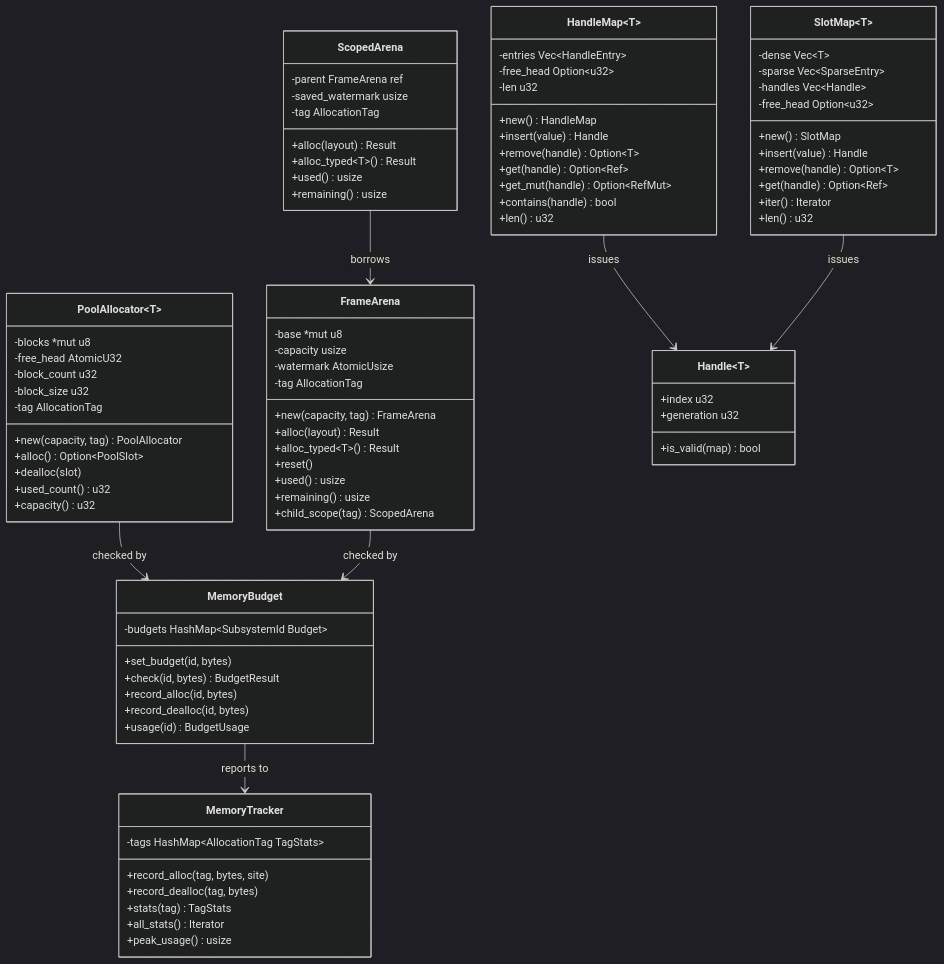
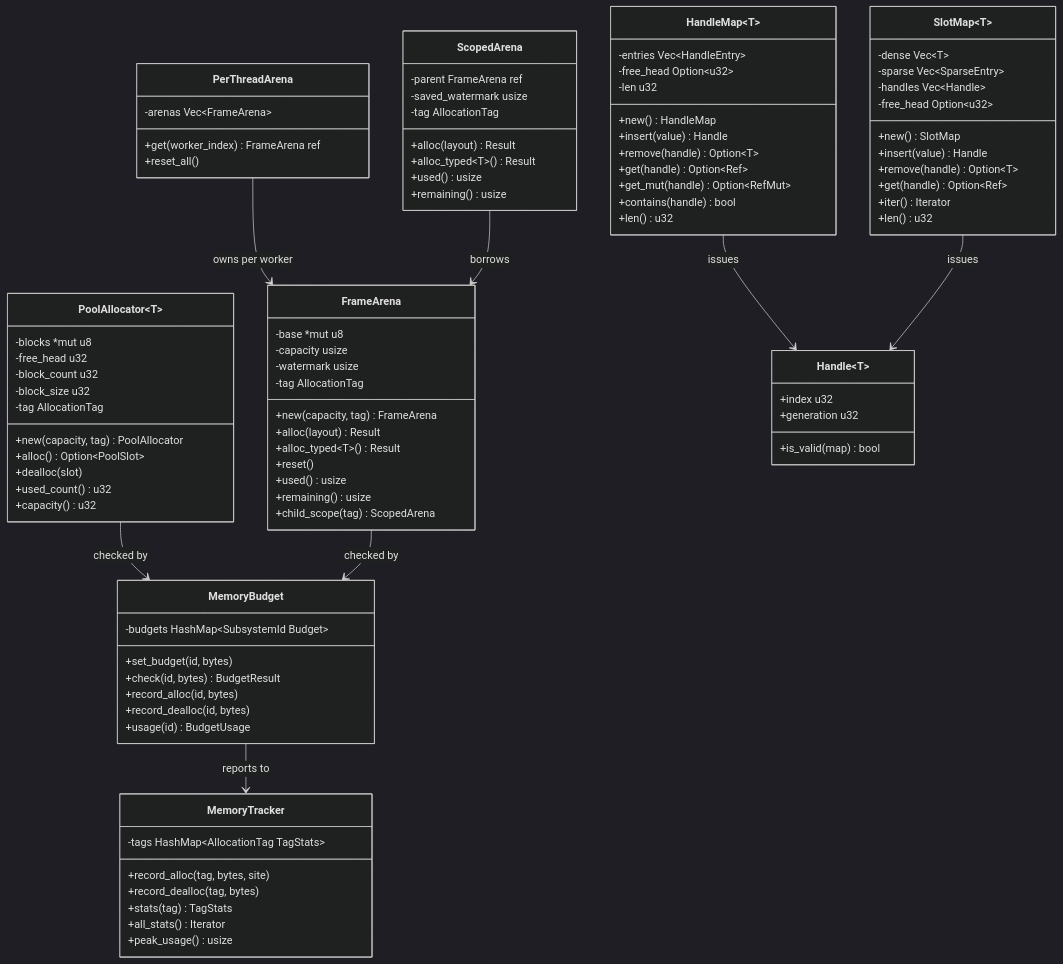
The fourth of 7 diagrams in docs/design/core-runtime/memory-async-io.md (harmonius-dev/harmonius), drawn with Mermaid (dark theme) before and after one commit. The commit also changed other lines of this file and 174 other files, not shown here.

````diff
--- a/docs/design/core-runtime/memory-async-io.md
+++ b/docs/design/core-runtime/memory-async-io.md
@@ -195,9 +218,15 @@
 ```mermaid
 classDiagram
+    class PerThreadArena {
+        -arenas Vec~FrameArena~
+        +get(worker_index) FrameArena ref
+        +reset_all()
+    }
+
     class FrameArena {
         -base *mut u8
         -capacity usize
-        -watermark AtomicUsize
+        -watermark usize
         -tag AllocationTag
         +new(capacity, tag) FrameArena
         +alloc(layout) Result
@@ -220,7 +249,7 @@
 
     class PoolAllocator~T~ {
         -blocks *mut u8
-        -free_head AtomicU32
+        -free_head u32
         -block_count u32
         -block_size u32
         -tag AllocationTag
@@ -281,6 +310,7 @@
         +peak_usage() usize
     }
 
+    PerThreadArena --> FrameArena : owns per worker
     ScopedArena --> FrameArena : borrows
     HandleMap --> Handle : issues
     SlotMap --> Handle : issues
````
